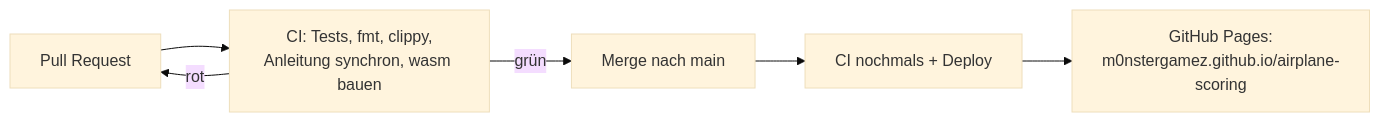
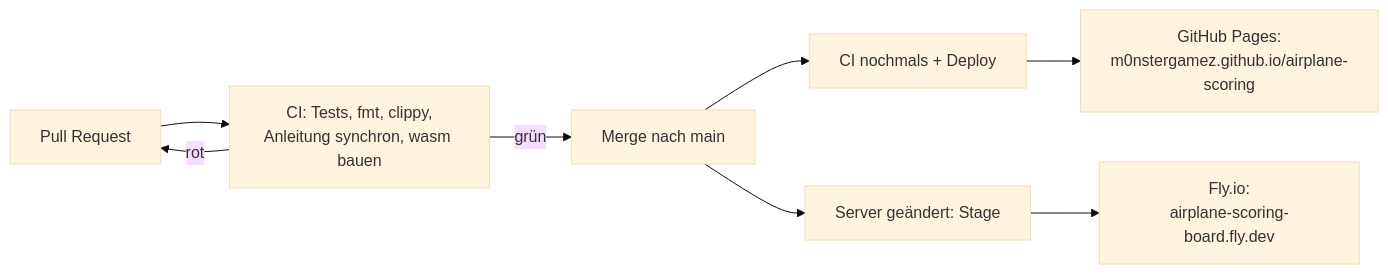
The second of 2 diagrams in docs/README.de.md (m0nstergamez/airplane-scoring), drawn with Mermaid (base theme) before and after one commit. The commit also changed other lines of this file and 10 other files, not shown here.

First line of the commit message:
Run the leaderboard stage in CI and deploy the server to Fly.io

````diff
--- a/docs/README.de.md
+++ b/docs/README.de.md
@@ -1077,6 +1090,7 @@
 ```mermaid
 flowchart LR
     PR["Pull Request"] --> CI["CI: Tests, fmt, clippy,<br/>Anleitung synchron, wasm bauen"]
     CI -- rot --> PR
     CI -- grün --> M["Merge nach main"] --> CD["CI nochmals + Deploy"] --> P["GitHub Pages:<br/>m0nstergamez.github.io/airplane-scoring"]
+    M --> ST["Server geändert: Stage"] --> F["Fly.io:<br/>airplane-scoring-board.fly.dev"]
 ```
````
